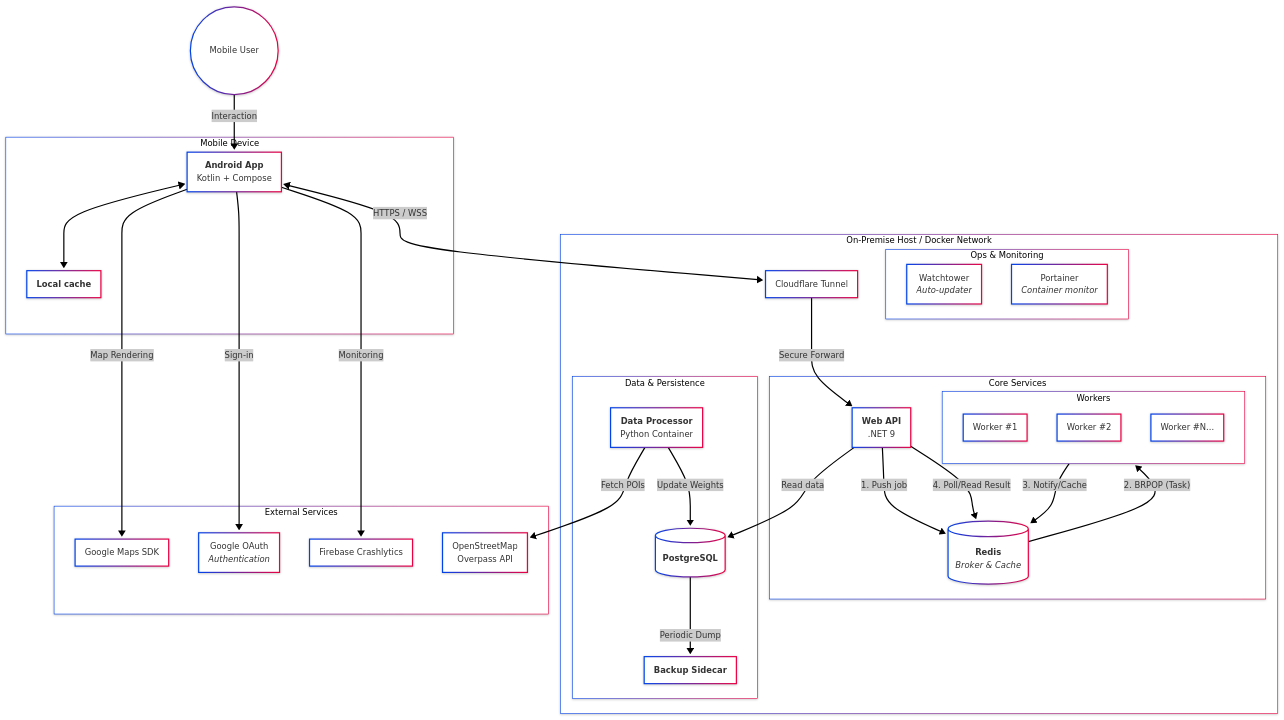
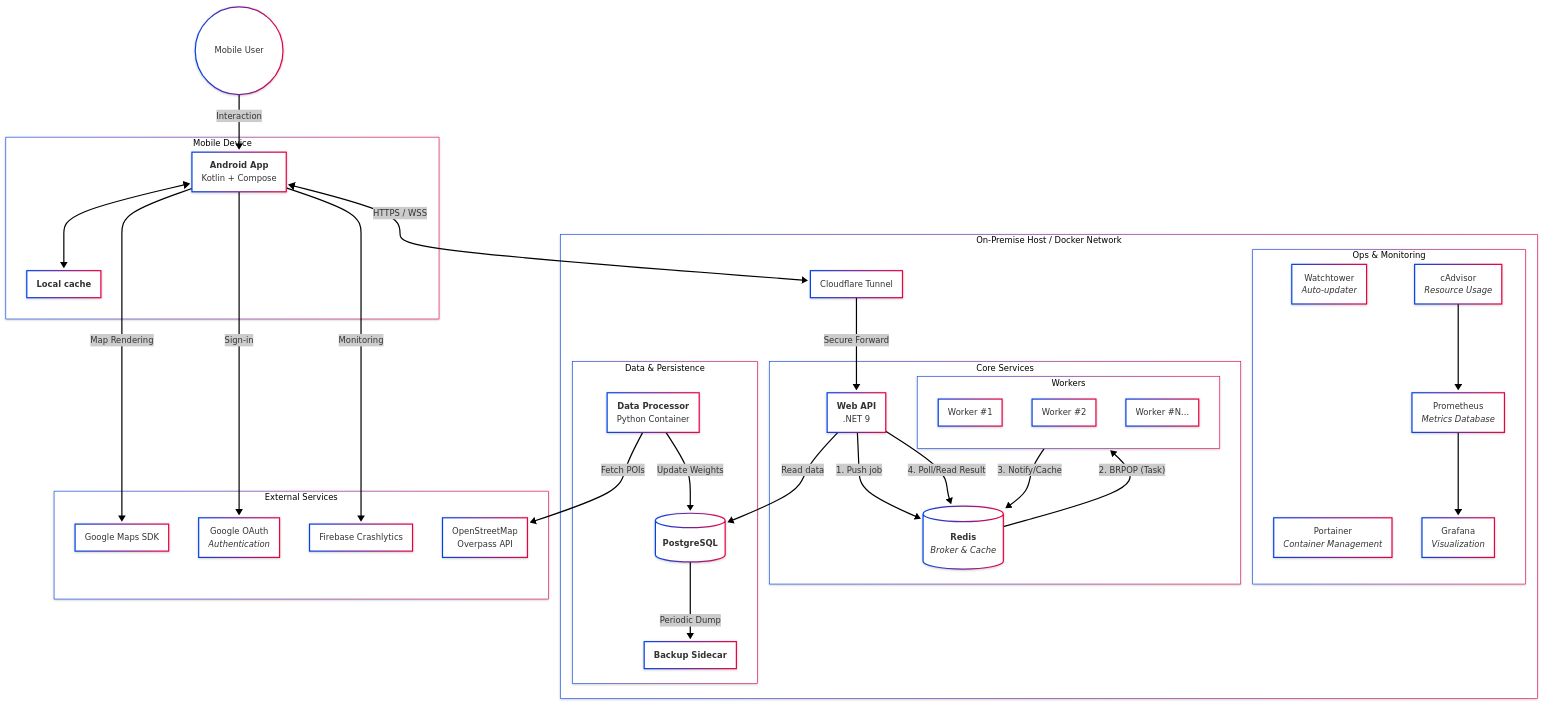
The first of 2 diagrams in README.md (KlaudiuszSoltysik/CityExplorer), drawn with Mermaid before and after one commit. The commit also changed other lines of this file, not shown here.

Commit message:
chore: Update flowchart and tech stack in README for clarity and completeness

````diff
--- a/README.md
+++ b/README.md
@@ -48,61 +48,68 @@
 ```mermaid
 ---
 ---
 config:
   layout: dagre
   look: neo
   theme: neo
 ---
 flowchart TB
- subgraph Client["Mobile Device"]
+  subgraph Client["Mobile Device"]
         App["<b>Android App</b><br>Kotlin + Compose"]
         Cache["<b>Local cache</b>"]
   end
- subgraph DevOps["Ops & Monitoring"]
+  subgraph DevOps["Ops & Monitoring"]
         Watchtower["Watchtower<br><i>Auto-updater</i>"]
-        Portainer["Portainer<br><i>Container monitor</i>"]
+        Portainer["Portainer<br><i>Container Management</i>"]
+        Prometheus["Prometheus<br><i>Metrics Database</i>"]
+        CAdvisor["cAdvisor<br><i>Resource Usage</i>"]
+        Grafana["Grafana<br><i>Visualization</i>"]
+
+        %% Opcjonalne powiązania dla lepszego zobrazowania przepływu danych
+        CAdvisor --> Prometheus
+        Prometheus --> Grafana
   end
- subgraph Backend["Core Services"]
+  subgraph Backend["Core Services"]
         API["<b>Web API</b><br>.NET 9"]
         Redis[("<b>Redis</b><br><i>Broker &amp; Cache</i>")]
         subgraph WorkerGroup["Workers"]
             direction TB
             W1["Worker #1"]
             W2["Worker #2"]
             W3["Worker #N..."]
         end
   end
- subgraph Data["Data & Persistence"]
+  subgraph Data["Data & Persistence"]
         DB[("<b>PostgreSQL</b>")]
         DB_backup["<b>Backup Sidecar</b>"]
         Python["<b>Data Processor</b><br>Python Container"]
   end
- subgraph OnPrem["On-Premise Host / Docker Network"]
+  subgraph OnPrem["On-Premise Host / Docker Network"]
         DevOps
         Backend
         Data
         Cloudflare["Cloudflare Tunnel"]
   end
- subgraph External["External Services"]
+  subgraph External["External Services"]
         GMaps["Google Maps SDK"]
         Auth["Google OAuth<br><i>Authentication</i>"]
         Firebase["Firebase Crashlytics"]
         OSM["OpenStreetMap<br>Overpass API"]
   end
     User(("Mobile User")) -- Interaction --> App
     App -- Map Rendering --> GMaps
     App -- Monitoring --> Firebase
     App <--> Cache
     App -- Sign-in --> Auth
     App <-- HTTPS / WSS --> Cloudflare
     Cloudflare -- Secure Forward --> API
     API -- "1. Push job" --> Redis
     Redis -- "2. BRPOP (Task)" --> WorkerGroup
     WorkerGroup -- "3. Notify/Cache" --> Redis
     API -- "4. Poll/Read Result" --> Redis
     API -- Read data --> DB
     Python -- Fetch POIs --> OSM
     Python -- Update Weights --> DB
     DB -- Periodic Dump --> DB_backup
     Watchtower ~~~ API
 ```
````
